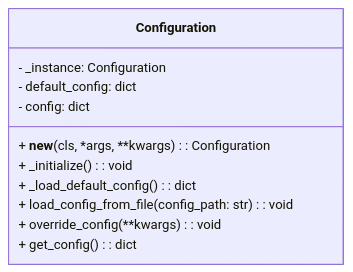
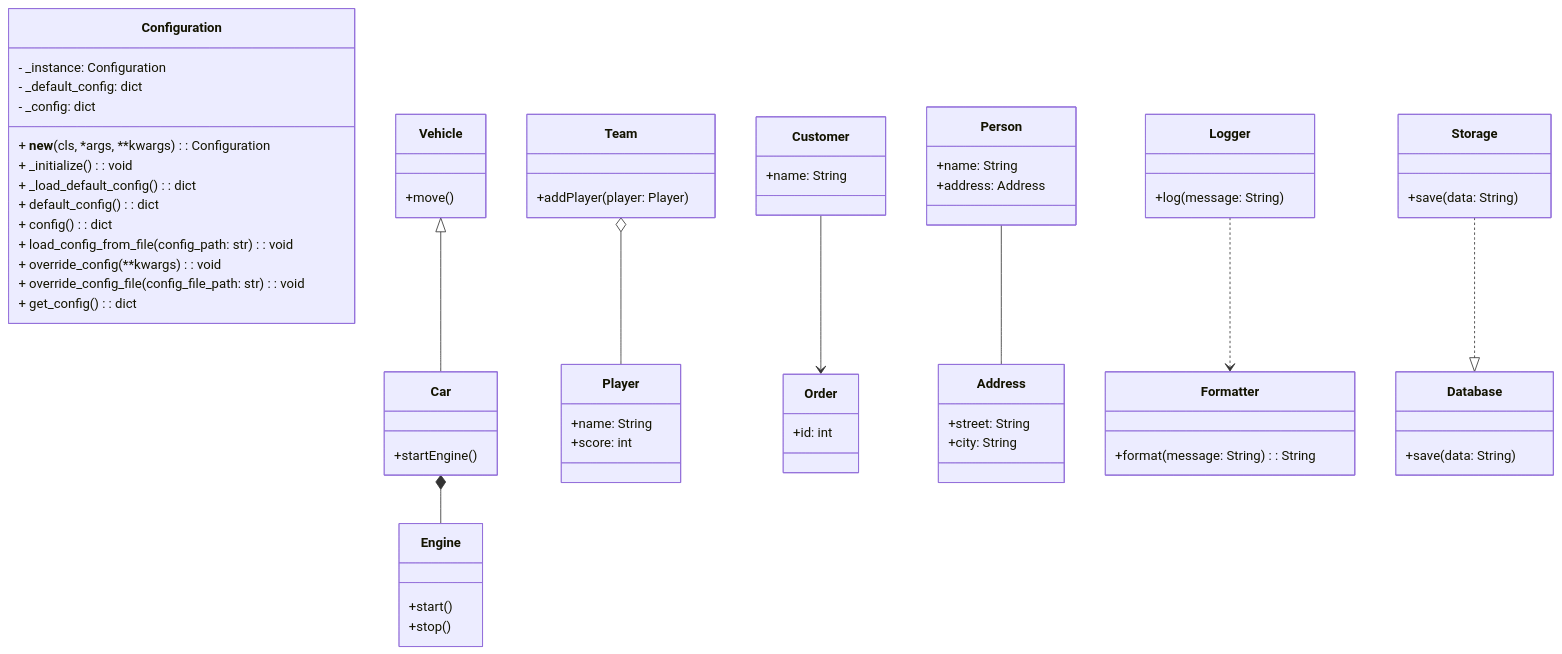
The third of 3 diagrams in docs/use_cases/configuration.md (STLorenzo/pyspatial_tools_2024), drawn with Mermaid before and after one commit. The commit also changed other lines of this file and 3 other files, not shown here.

````diff
--- a/docs/use_cases/configuration.md
+++ b/docs/use_cases/configuration.md
@@ -52,15 +52,76 @@
 ```mermaid
 classDiagram
     class Configuration {
         - _instance: Configuration
-        - default_config: dict
-        - config: dict
+        - _default_config: dict
+        - _config: dict
         + __new__(cls, *args, **kwargs): Configuration
         + _initialize(): void
         + _load_default_config(): dict
+        + default_config(): dict
+        + config(): dict
         + load_config_from_file(config_path: str): void
         + override_config(**kwargs): void
+        + override_config_file(config_file_path: str): void
         + get_config(): dict
     }
 
+    class Vehicle {
+        +move()
+    }
+
+    class Car {
+        +startEngine()
+    }
+    Vehicle <|-- Car
+
+    class Engine {
+        +start()
+        +stop()
+    }
+    Car *-- Engine
+
+    class Player {
+        +name: String
+        +score: int
+    }
+    class Team {
+        +addPlayer(player: Player)
+    }
+    Team o-- Player
+
+    class Customer {
+        +name: String
+    }
+    class Order {
+        +id: int
+    }
+    Customer --> Order
+
+    class Person {
+        +name: String
+        +address: Address
+    }
+    class Address {
+        +street: String
+        +city: String
+    }
+    Person -- Address
+
+    class Logger {
+        +log(message: String)
+    }
+    class Formatter {
+        +format(message: String): String
+    }
+    Logger ..> Formatter
+
+    class Storage {
+        +save(data: String)
+    }
+    class Database {
+        +save(data: String)
+    }
+    Storage ..|> Database
+
 ```
````
